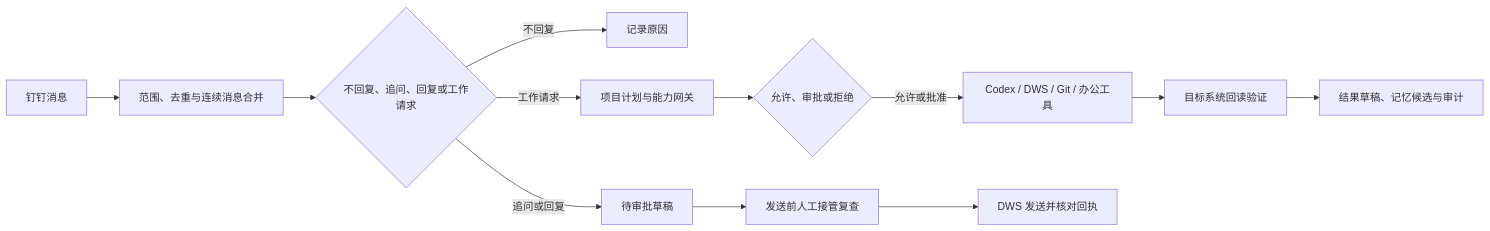
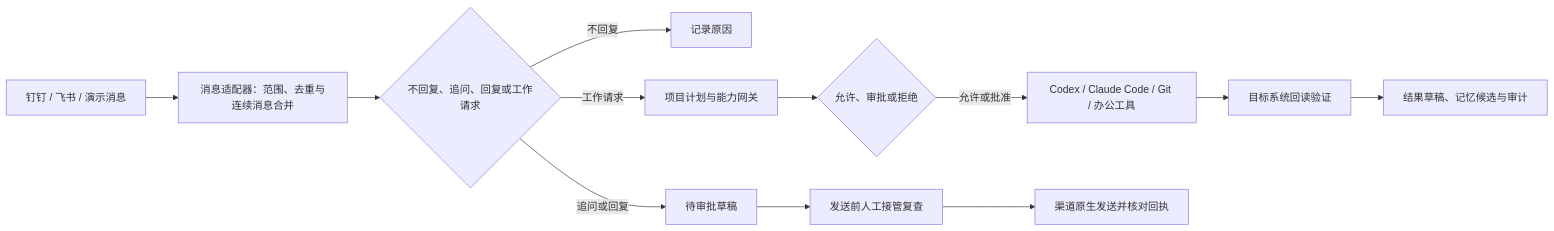
Before and after one commit to ruiwang20010702/ai-employee: the first of 2 diagrams in README_ZH.md, drawn with Mermaid. The commit also changed other lines of this file and 96 other files, not shown here.

````diff
--- a/README_ZH.md
+++ b/README_ZH.md
@@ -36,14 +38,14 @@
 ```mermaid
 flowchart LR
-    A["钉钉消息"] --> B["范围、去重与连续消息合并"]
+    A["钉钉 / 飞书 / 演示消息"] --> B["消息适配器：范围、去重与连续消息合并"]
     B --> C{"不回复、追问、回复或工作请求"}
     C -->|"不回复"| D["记录原因"]
     C -->|"追问或回复"| E["待审批草稿"]
     C -->|"工作请求"| F["项目计划与能力网关"]
     F --> G{"允许、审批或拒绝"}
-    G -->|"允许或批准"| H["Codex / DWS / Git / 办公工具"]
+    G -->|"允许或批准"| H["Codex / Claude Code / Git / 办公工具"]
     H --> I["目标系统回读验证"]
     I --> J["结果草稿、记忆候选与审计"]
     E --> K["发送前人工接管复查"]
-    K --> L["DWS 发送并核对回执"]
+    K --> L["渠道原生发送并核对回执"]
 ```
````
